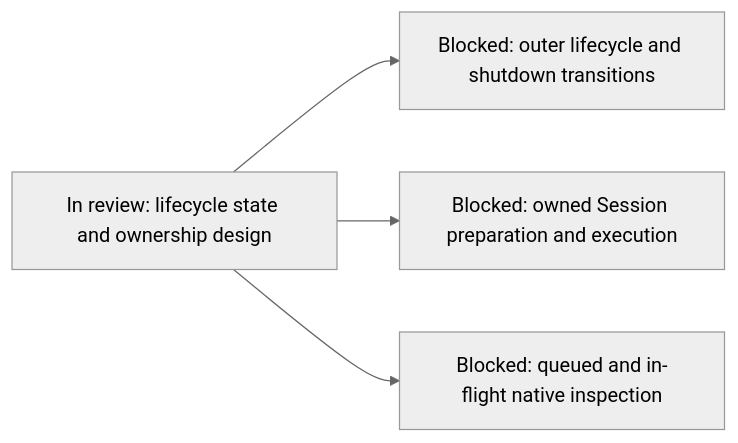
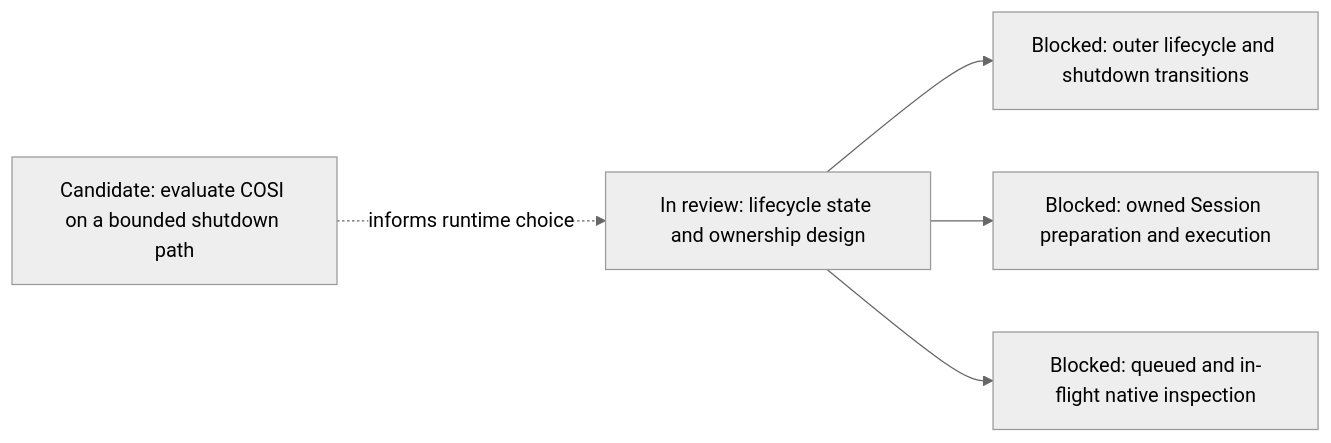
Before and after one commit to agentydragon/ducktape: the ninth of 21 diagrams in agentplane/plans/task_dag.md, drawn with Mermaid (neutral theme). The commit also changed other lines of this file and 2 other files, not shown here.

Commit message:
Plan a bounded COSI runtime evaluation for runner lifecycle

````diff
--- a/agentplane/plans/task_dag.md
+++ b/agentplane/plans/task_dag.md
@@ -976,10 +976,12 @@
 ```mermaid
 flowchart LR
     RUNNER_LIFECYCLE_DESIGN[In review: lifecycle state and ownership design]
+    RUNNER_COSI_TRIAL[Candidate: evaluate COSI on a bounded shutdown path]
     RUNNER_SHUTDOWN_OWNER[Blocked: outer lifecycle and shutdown transitions]
     RUNNER_SESSION_LIFECYCLE[Blocked: owned Session preparation and execution]
     RUNNER_RECONCILIATION_OWNER[Blocked: queued and in-flight native inspection]
     RUNNER_LIFECYCLE_DESIGN --> RUNNER_SHUTDOWN_OWNER
     RUNNER_LIFECYCLE_DESIGN --> RUNNER_SESSION_LIFECYCLE
     RUNNER_LIFECYCLE_DESIGN --> RUNNER_RECONCILIATION_OWNER
+    RUNNER_COSI_TRIAL -. informs runtime choice .-> RUNNER_LIFECYCLE_DESIGN
 ```
````
